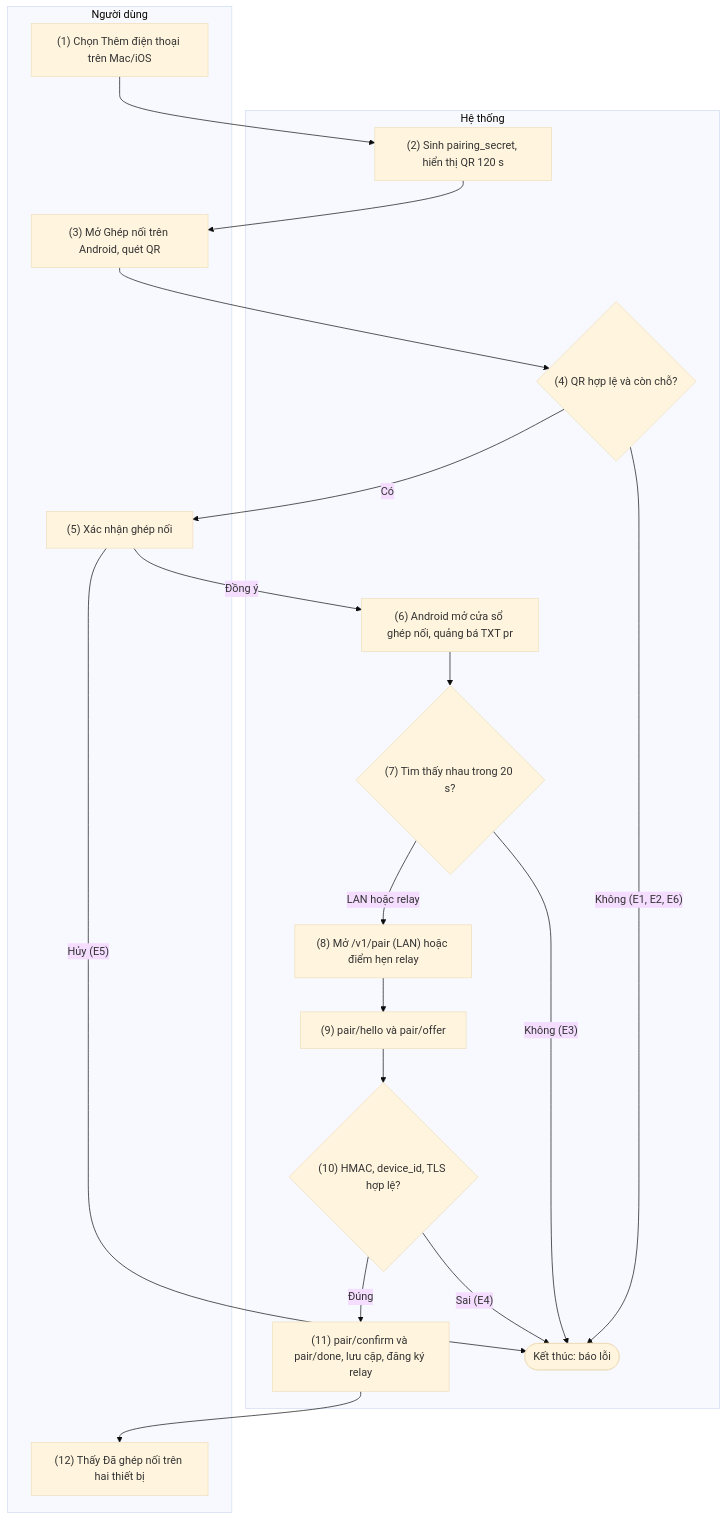
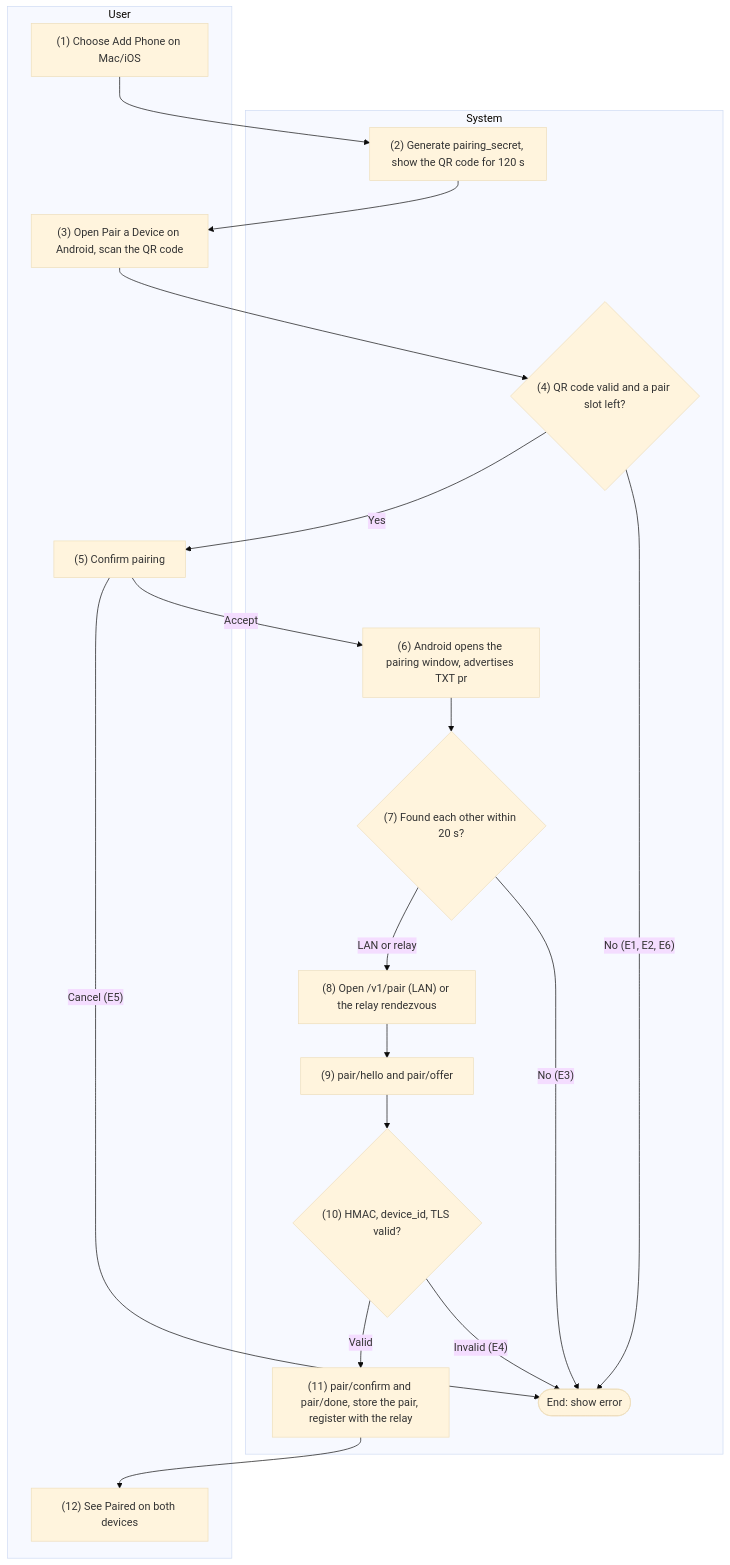
One commit to HandLive/handlive changed the first of 3 diagrams in docs/detailed-design/02-pairing.md. Above: the diagram before and after it, drawn with Mermaid (base theme). The commit also changed other lines of this file and 1 other file, not shown here.

Commit message:
docs: translate docs/detailed-design/02-pairing.md into English

````diff
--- a/docs/detailed-design/02-pairing.md
+++ b/docs/detailed-design/02-pairing.md
@@ -41,29 +43,29 @@
 ```mermaid
 flowchart TB
-  subgraph ND["Người dùng"]
-    U1["(1) Chọn Thêm điện thoại trên Mac/iOS"]
-    U3["(3) Mở Ghép nối trên Android, quét QR"]
-    U5["(5) Xác nhận ghép nối"]
-    U12["(12) Thấy Đã ghép nối trên hai thiết bị"]
+  subgraph ND["User"]
+    U1["(1) Choose Add Phone on Mac/iOS"]
+    U3["(3) Open Pair a Device on Android, scan the QR code"]
+    U5["(5) Confirm pairing"]
+    U12["(12) See Paired on both devices"]
   end
-  subgraph HT["Hệ thống"]
-    S2["(2) Sinh pairing_secret, hiển thị QR 120 s"]
-    D4{"(4) QR hợp lệ và còn chỗ?"}
-    S6["(6) Android mở cửa sổ ghép nối, quảng bá TXT pr"]
-    D7{"(7) Tìm thấy nhau trong 20 s?"}
-    S8["(8) Mở /v1/pair (LAN) hoặc điểm hẹn relay"]
-    S9["(9) pair/hello và pair/offer"]
-    D10{"(10) HMAC, device_id, TLS hợp lệ?"}
-    S11["(11) pair/confirm và pair/done, lưu cặp, đăng ký relay"]
-    X1(["Kết thúc: báo lỗi"])
+  subgraph HT["System"]
+    S2["(2) Generate pairing_secret, show the QR code for 120 s"]
+    D4{"(4) QR code valid and a pair slot left?"}
+    S6["(6) Android opens the pairing window, advertises TXT pr"]
+    D7{"(7) Found each other within 20 s?"}
+    S8["(8) Open /v1/pair (LAN) or the relay rendezvous"]
+    S9["(9) pair/hello and pair/offer"]
+    D10{"(10) HMAC, device_id, TLS valid?"}
+    S11["(11) pair/confirm and pair/done, store the pair, register with the relay"]
+    X1(["End: show error"])
   end
   U1 --> S2 --> U3 --> D4
-  D4 -- "Có" --> U5
-  D4 -- "Không (E1, E2, E6)" --> X1
-  U5 -- "Đồng ý" --> S6 --> D7
-  U5 -- "Hủy (E5)" --> X1
-  D7 -- "LAN hoặc relay" --> S8 --> S9 --> D10
-  D7 -- "Không (E3)" --> X1
-  D10 -- "Đúng" --> S11 --> U12
-  D10 -- "Sai (E4)" --> X1
+  D4 -- "Yes" --> U5
+  D4 -- "No (E1, E2, E6)" --> X1
+  U5 -- "Accept" --> S6 --> D7
+  U5 -- "Cancel (E5)" --> X1
+  D7 -- "LAN or relay" --> S8 --> S9 --> D10
+  D7 -- "No (E3)" --> X1
+  D10 -- "Valid" --> S11 --> U12
+  D10 -- "Invalid (E4)" --> X1
 ```
````
